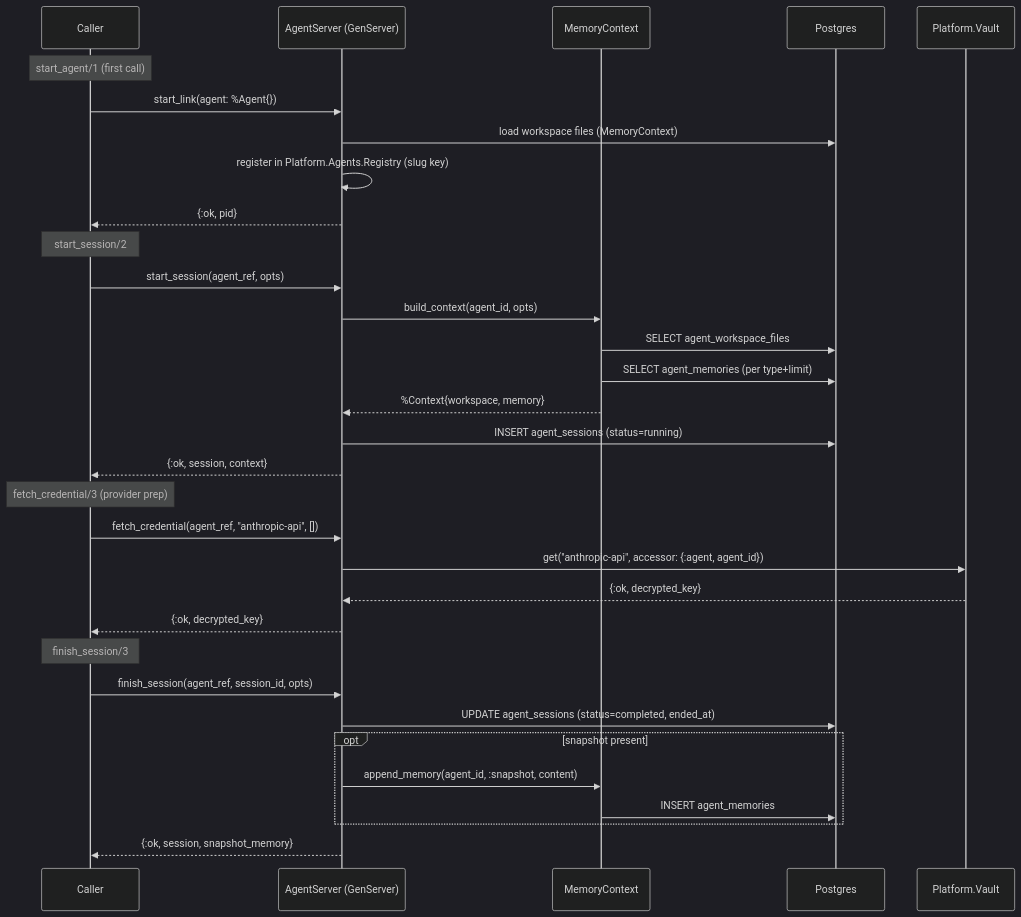
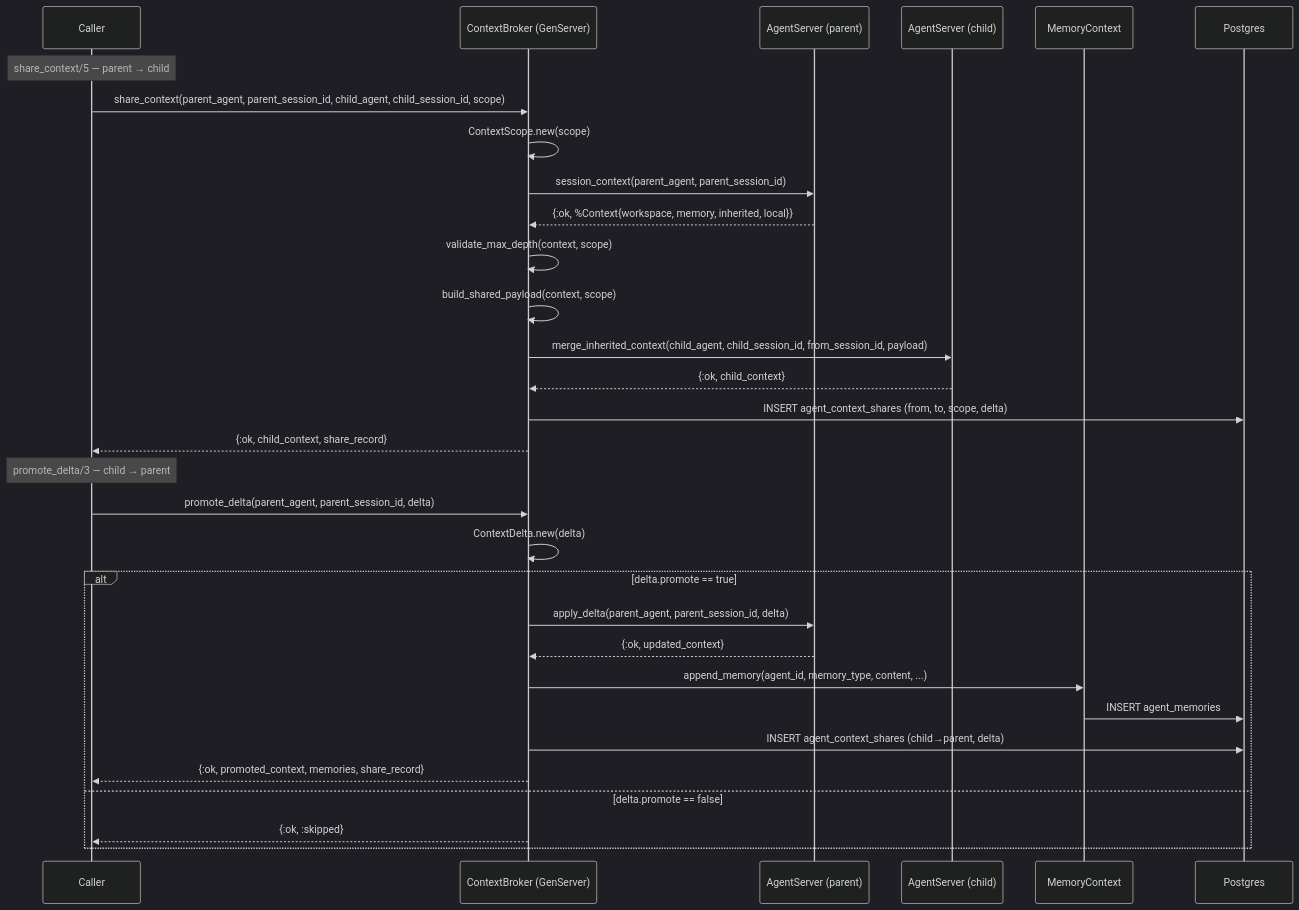
One commit to GetBurrowing/core changed the second of 4 diagrams in docs/architecture/current.mmd. Above: the diagram before and after it, drawn with Mermaid (dark theme). The commit also changed other lines of this file and 2 other files, not shown here.

Commit message:
docs: architecture snapshot 2026-03-15 (post-deploy: Agents.Context T5)

````diff
--- a/docs/architecture/current.mmd
+++ b/docs/architecture/current.mmd
@@ -156,38 +170,35 @@
 ```mermaid
 sequenceDiagram
   participant Caller
-  participant AgentServer as AgentServer (GenServer)
+  participant Broker as ContextBroker (GenServer)
+  participant ParentServer as AgentServer (parent)
+  participant ChildServer as AgentServer (child)
   participant MemCtx as MemoryContext
   participant DB as Postgres
-  participant Vault as Platform.Vault
 
-  Note over Caller: start_agent/1 (first call)
-  Caller->>AgentServer: start_link(agent: %Agent{})
-  AgentServer->>DB: load workspace files (MemoryContext)
-  AgentServer->>AgentServer: register in Platform.Agents.Registry (slug key)
-  AgentServer-->>Caller: {:ok, pid}
+  Note over Caller: share_context/5 — parent → child
+  Caller->>Broker: share_context(parent_agent, parent_session_id, child_agent, child_session_id, scope)
+  Broker->>Broker: ContextScope.new(scope)
+  Broker->>ParentServer: session_context(parent_agent, parent_session_id)
+  ParentServer-->>Broker: {:ok, %Context{workspace, memory, inherited, local}}
+  Broker->>Broker: validate_max_depth(context, scope)
+  Broker->>Broker: build_shared_payload(context, scope)
+  Broker->>ChildServer: merge_inherited_context(child_agent, child_session_id, from_session_id, payload)
+  ChildServer-->>Broker: {:ok, child_context}
+  Broker->>DB: INSERT agent_context_shares (from, to, scope, delta)
+  Broker-->>Caller: {:ok, child_context, share_record}
 
-  Note over Caller: start_session/2
-  Caller->>AgentServer: start_session(agent_ref, opts)
-  AgentServer->>MemCtx: build_context(agent_id, opts)
-  MemCtx->>DB: SELECT agent_workspace_files
-  MemCtx->>DB: SELECT agent_memories (per type+limit)
-  MemCtx-->>AgentServer: %Context{workspace, memory}
-  AgentServer->>DB: INSERT agent_sessions (status=running)
-  AgentServer-->>Caller: {:ok, session, context}
-
-  Note over Caller: fetch_credential/3 (provider prep)
-  Caller->>AgentServer: fetch_credential(agent_ref, "anthropic-api", [])
-  AgentServer->>Vault: get("anthropic-api", accessor: {:agent, agent_id})
-  Vault-->>AgentServer: {:ok, decrypted_key}
-  AgentServer-->>Caller: {:ok, decrypted_key}
-
-  Note over Caller: finish_session/3
-  Caller->>AgentServer: finish_session(agent_ref, session_id, opts)
-  AgentServer->>DB: UPDATE agent_sessions (status=completed, ended_at)
-  opt snapshot present
-    AgentServer->>MemCtx: append_memory(agent_id, :snapshot, content)
+  Note over Caller: promote_delta/3 — child → parent
+  Caller->>Broker: promote_delta(parent_agent, parent_session_id, delta)
+  Broker->>Broker: ContextDelta.new(delta)
+  alt delta.promote == true
+    Broker->>ParentServer: apply_delta(parent_agent, parent_session_id, delta)
+    ParentServer-->>Broker: {:ok, updated_context}
+    Broker->>MemCtx: append_memory(agent_id, memory_type, content, ...)
     MemCtx->>DB: INSERT agent_memories
+    Broker->>DB: INSERT agent_context_shares (child→parent, delta)
+    Broker-->>Caller: {:ok, promoted_context, memories, share_record}
+  else delta.promote == false
+    Broker-->>Caller: {:ok, :skipped}
   end
-  AgentServer-->>Caller: {:ok, session, snapshot_memory}
 ```
````
